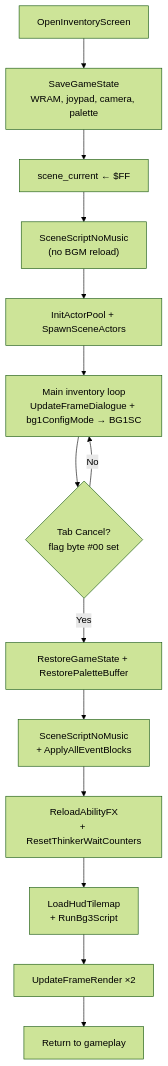
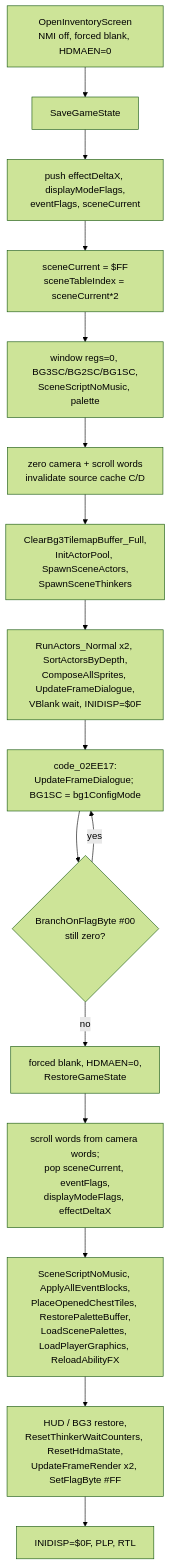
The diagram in docs/code/bank02/inventory-overlay.md (Azarem/gaia-iog-baserom), drawn with Mermaid (forest theme) before and after one commit. The commit also changed other lines of this file and 20 other files, not shown here.

````diff
--- a/docs/code/bank02/inventory-overlay.md
+++ b/docs/code/bank02/inventory-overlay.md
@@ -15,16 +22,18 @@
 ```mermaid
 flowchart TD
-    OPEN["OpenInventoryScreen"] --> SAVE["SaveGameState<br/>WRAM, joypad, camera, palette"]
-    SAVE --> SCENE["scene_current ← $FF"]
-    SCENE --> Script["SceneScriptNoMusic<br/>(no BGM reload)"]
-    Script --> Init["InitActorPool + SpawnSceneActors"]
-    Init --> LOOP["Main inventory loop<br/>UpdateFrameDialogue + bg1ConfigMode → BG1SC"]
-    LOOP --> EXIT{"Tab Cancel?<br/>flag byte #00 set"}
-    EXIT -->|No| LOOP
-    EXIT -->|Yes| RESTORE["RestoreGameState + RestorePaletteBuffer"]
-    RESTORE --> ReloadScene["SceneScriptNoMusic<br/>+ ApplyAllEventBlocks"]
-    ReloadScene --> RELOAD["ReloadAbilityFX<br/>+ ResetThinkerWaitCounters"]
-    RELOAD --> HUD["LoadHudTilemap<br/>+ RunBg3Script"]
-    HUD --> Render["UpdateFrameRender ×2"]
-    Render --> DONE["Return to gameplay"]
+    OPEN["OpenInventoryScreen<br/>NMI off, forced blank, HDMAEN=0"] --> SAVE["SaveGameState"]
+    SAVE --> PUSH["push effectDeltaX, displayModeFlags,<br/>eventFlags, sceneCurrent"]
+    PUSH --> SCENE["sceneCurrent = $FF<br/>sceneTableIndex = sceneCurrent*2"]
+    SCENE --> PPU["window regs=0, BG3SC/BG2SC/BG1SC,<br/>SceneScriptNoMusic, palette"]
+    PPU --> ZERO["zero camera + scroll words<br/>invalidate source cache C/D"]
+    ZERO --> SPAWN["ClearBg3TilemapBuffer_Full,<br/>InitActorPool, SpawnSceneActors,<br/>SpawnSceneThinkers"]
+    SPAWN --> FIRST["RunActors_Normal x2, SortActorsByDepth,<br/>ComposeAllSprites, UpdateFrameDialogue,<br/>VBlank wait, INIDISP=$0F"]
+    FIRST --> LOOP["code_02EE17:<br/>UpdateFrameDialogue; BG1SC = bg1ConfigMode"]
+    LOOP --> EXIT{"BranchOnFlagByte #00<br/>still zero?"}
+    EXIT -->|yes| LOOP
+    EXIT -->|no| CLOSE["forced blank, HDMAEN=0,<br/>RestoreGameState"]
+    CLOSE --> POP["scroll words from camera words;<br/>pop sceneCurrent, eventFlags,<br/>displayModeFlags, effectDeltaX"]
+    POP --> RELOAD["SceneScriptNoMusic, ApplyAllEventBlocks,<br/>PlaceOpenedChestTiles, RestorePaletteBuffer,<br/>LoadScenePalettes, LoadPlayerGraphics, ReloadAbilityFX"]
+    RELOAD --> HUD["HUD / BG3 restore,<br/>ResetThinkerWaitCounters, ResetHdmaState,<br/>UpdateFrameRender x2, SetFlagByte #FF"]
+    HUD --> DONE["INIDISP=$0F, PLP, RTL"]
 ```
````
